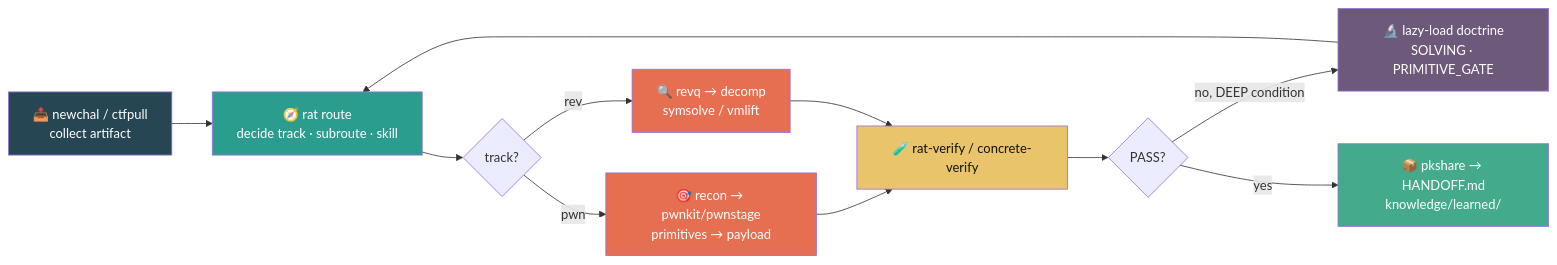
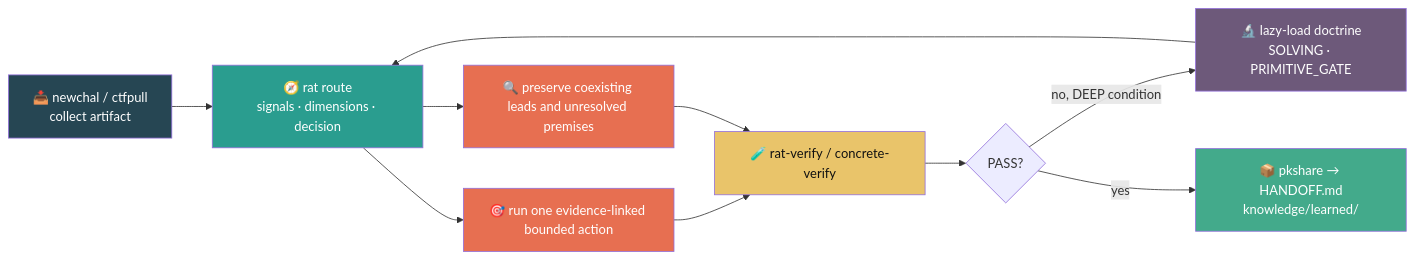
Before and after one commit to b0nsu/CTF-Rat: the diagram in README.md, drawn with Mermaid. The commit also changed other lines of this file and 42 other files, not shown here.

Commit message:
refactor: migrate router v2 and preserve comparison call evidence

````diff
--- a/README.md
+++ b/README.md
@@ -68,21 +68,20 @@
 ```mermaid
 flowchart LR
-    A["📥 newchal / ctfpull<br/>collect artifact"] --> B["🧭 rat route<br/>decide track · subroute · skill"]
-    B --> C{"track?"}
-    C -->|pwn| D["🎯 recon → pwnkit/pwnstage<br/>primitives → payload"]
-    C -->|rev| E["🔍 revq → decomp<br/>symsolve / vmlift"]
+    A["📥 newchal / ctfpull<br/>collect artifact"] --> B["🧭 rat route<br/>signals · dimensions · decision"]
+    B --> D["🎯 run one evidence-linked bounded action"]
+    B --> E["🔍 preserve coexisting leads and unresolved premises"]
     D --> F["🧪 rat-verify / concrete-verify"]
     E --> F
     F --> G{"PASS?"}
     G -->|no, DEEP condition| H["🔬 lazy-load doctrine<br/>SOLVING · PRIMITIVE_GATE"]
     H --> B
     G -->|yes| I["📦 pkshare → HANDOFF.md<br/>knowledge/learned/"]
 
     style A fill:#264653,color:#fff
     style B fill:#2a9d8f,color:#fff
     style D fill:#e76f51,color:#fff
     style E fill:#e76f51,color:#fff
     style F fill:#e9c46a,color:#111
     style H fill:#6d597a,color:#fff
     style I fill:#43aa8b,color:#fff
 ```
````
